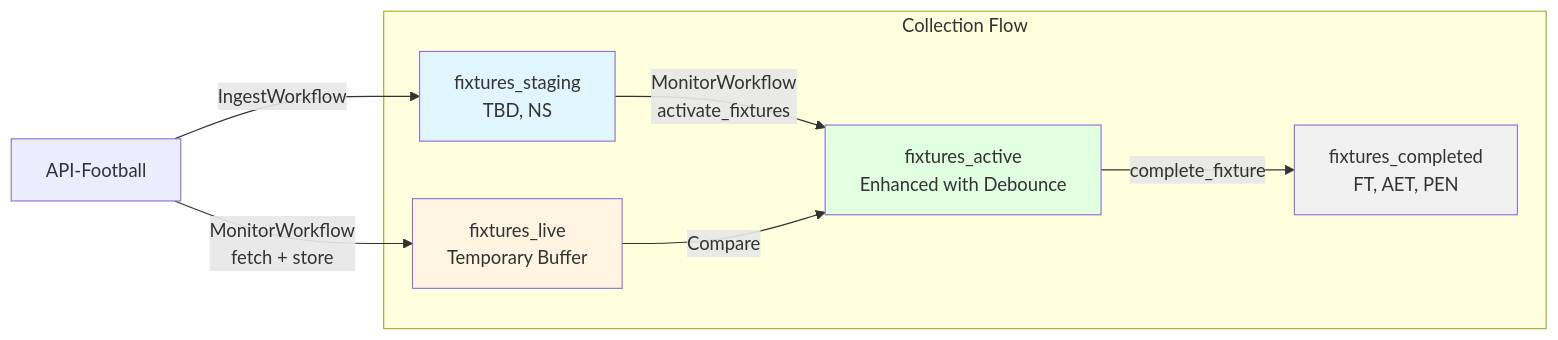
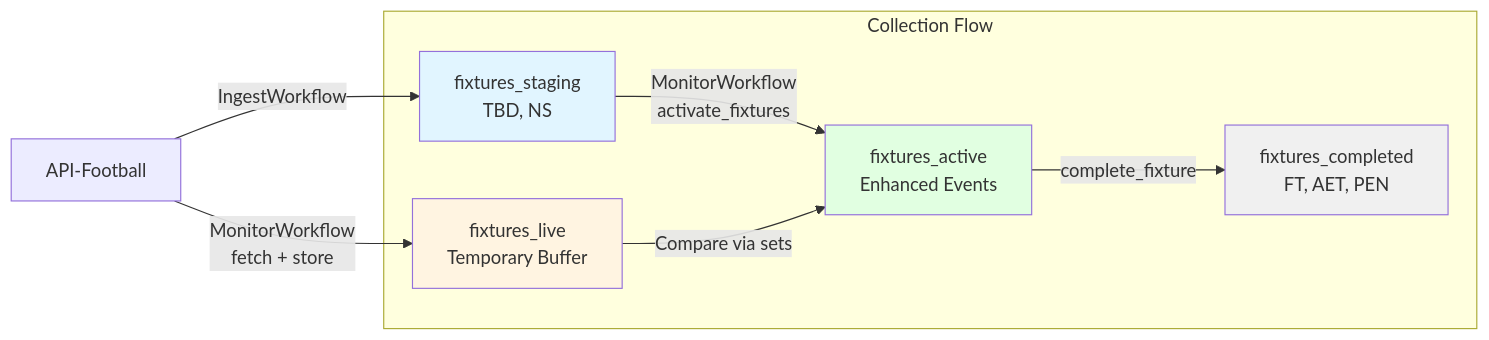
The second of 6 diagrams in TEMPORAL_WORKFLOWS.md (vedantadhobley/found-footy), drawn with Mermaid before and after one commit. The commit also changed other lines of this file and 32 other files, not shown here.

````diff
--- a/TEMPORAL_WORKFLOWS.md
+++ b/TEMPORAL_WORKFLOWS.md
@@ -62,20 +60,20 @@
 ```mermaid
 graph LR
     subgraph "Collection Flow"
         ST[fixtures_staging<br/>TBD, NS]
         LI[fixtures_live<br/>Temporary Buffer]
-        AC[fixtures_active<br/>Enhanced with Debounce]
+        AC[fixtures_active<br/>Enhanced Events]
         CO[fixtures_completed<br/>FT, AET, PEN]
     end
     
     API[API-Football] -->|IngestWorkflow| ST
     ST -->|MonitorWorkflow<br/>activate_fixtures| AC
     API -->|MonitorWorkflow<br/>fetch + store| LI
-    LI -->|Compare| AC
+    LI -->|Compare via sets| AC
     AC -->|complete_fixture| CO
     
     style ST fill:#e1f5ff
     style LI fill:#fff4e1
     style AC fill:#e1ffe1
     style CO fill:#f0f0f0
 ```
````
